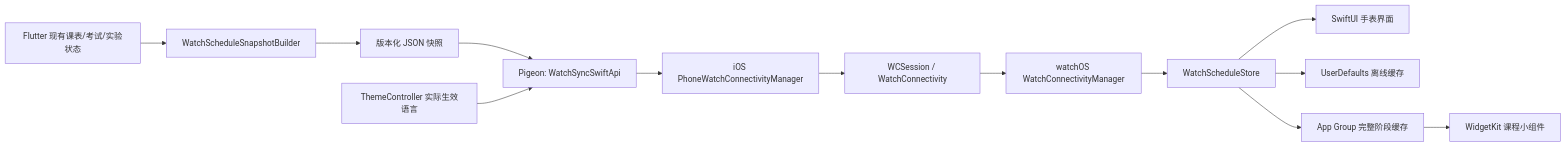
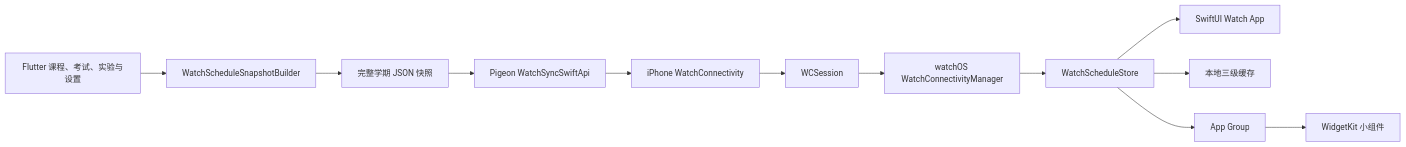
One commit to BenderBlog/traintime_pda changed the first of 2 diagrams in docs/apple_watch_technical_overview.md. Above: the diagram before and after it, drawn with Mermaid. The commit also changed other lines of this file and 8 other files, not shown here.

````diff
--- a/docs/apple_watch_technical_overview.md
+++ b/docs/apple_watch_technical_overview.md
@@ -20,15 +44,14 @@
 ```mermaid
 flowchart LR
-    A["Flutter 现有课表/考试/实验状态"] --> B["WatchScheduleSnapshotBuilder"]
-    B --> C["版本化 JSON 快照"]
-    C --> D["Pigeon: WatchSyncSwiftApi"]
-    A2["ThemeController 实际生效语言"] --> D
-    D --> E["iOS PhoneWatchConnectivityManager"]
-    E --> F["WCSession / WatchConnectivity"]
+    A["Flutter 课程、考试、实验与设置"] --> B["WatchScheduleSnapshotBuilder"]
+    B --> C["完整学期 JSON 快照"]
+    C --> D["Pigeon WatchSyncSwiftApi"]
+    D --> E["iPhone WatchConnectivity"]
+    E --> F["WCSession"]
     F --> G["watchOS WatchConnectivityManager"]
     G --> H["WatchScheduleStore"]
-    H --> I["SwiftUI 手表界面"]
-    H --> J["UserDefaults 离线缓存"]
-    H --> K["App Group 完整阶段缓存"]
-    K --> L["WidgetKit 课程小组件"]
+    H --> I["SwiftUI Watch App"]
+    H --> J["本地三级缓存"]
+    H --> K["App Group"]
+    K --> L["WidgetKit 小组件"]
 ```
````
